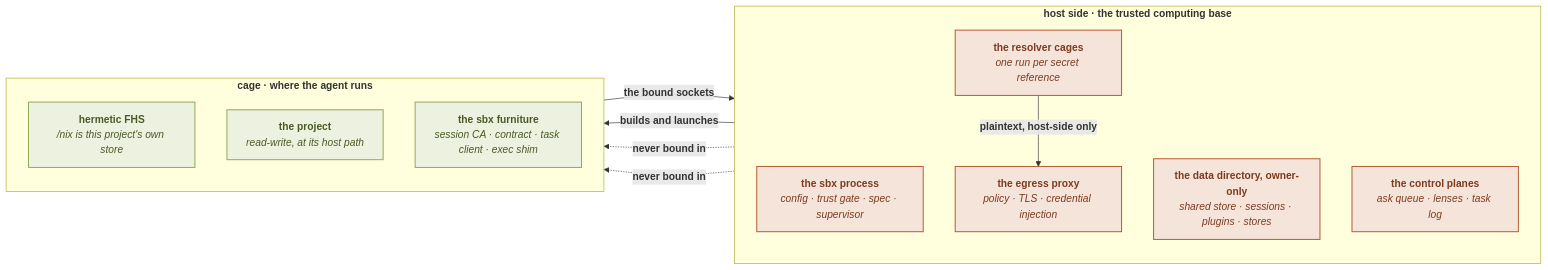
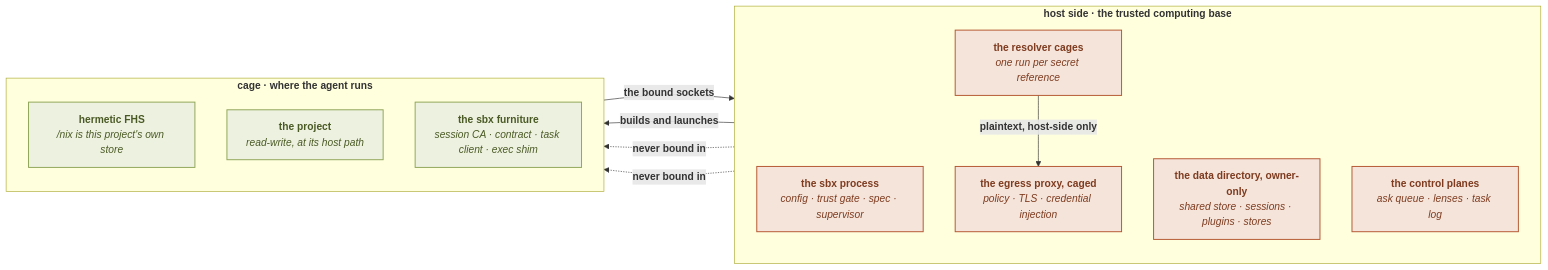
One commit to gigi206/ops-cli changed the first of 8 diagrams in docs-site/docs/guide/concepts/architecture.md. Above: the diagram before and after it, drawn with Mermaid. The commit also changed other lines of this file and 5 other files, not shown here.

````diff
--- a/docs-site/docs/guide/concepts/architecture.md
+++ b/docs-site/docs/guide/concepts/architecture.md
@@ -28,29 +31,29 @@
 ```mermaid
 flowchart LR
     subgraph hostside["<b>host side · the trusted computing base</b>"]
         direction TB
         SBX["<b>the sbx process</b><br/><i>config · trust gate · spec · supervisor</i>"]
         DATA["<b>the data directory, owner-only</b><br/><i>shared store · sessions · plugins · stores</i>"]
-        PROXY["<b>the egress proxy</b><br/><i>policy · TLS · credential injection</i>"]
+        PROXY["<b>the egress proxy, caged</b><br/><i>policy · TLS · credential injection</i>"]
         RES["<b>the resolver cages</b><br/><i>one run per secret reference</i>"]
         PLANES["<b>the control planes</b><br/><i>ask queue · lenses · task log</i>"]
     end
 
     subgraph cageside["<b>cage · where the agent runs</b>"]
         direction TB
         FHS["<b>hermetic FHS</b><br/><i>/nix is this project's own store</i>"]
         PROJ["<b>the project</b><br/><i>read-write, at its host path</i>"]
         FURN["<b>the sbx furniture</b><br/><i>session CA · contract · task client · exec shim</i>"]
     end
 
     SBX -- "<b>builds and launches</b>" --> cageside
     cageside -- "<b>the bound sockets</b>" --> PROXY
     RES -- "<b>plaintext, host-side only</b>" --> PROXY
     DATA -. "<b>never bound in</b>" .-> cageside
     PLANES -. "<b>never bound in</b>" .-> cageside
 
     classDef hs fill:#F4E4DA,stroke:#B4552F,stroke-width:1.5px,color:#7E3B1F
     classDef cs fill:#EDF1E0,stroke:#8FA557,stroke-width:1.5px,color:#4A5A24
     class SBX,DATA,PROXY,RES,PLANES hs
     class FHS,PROJ,FURN cs
 ```
````
